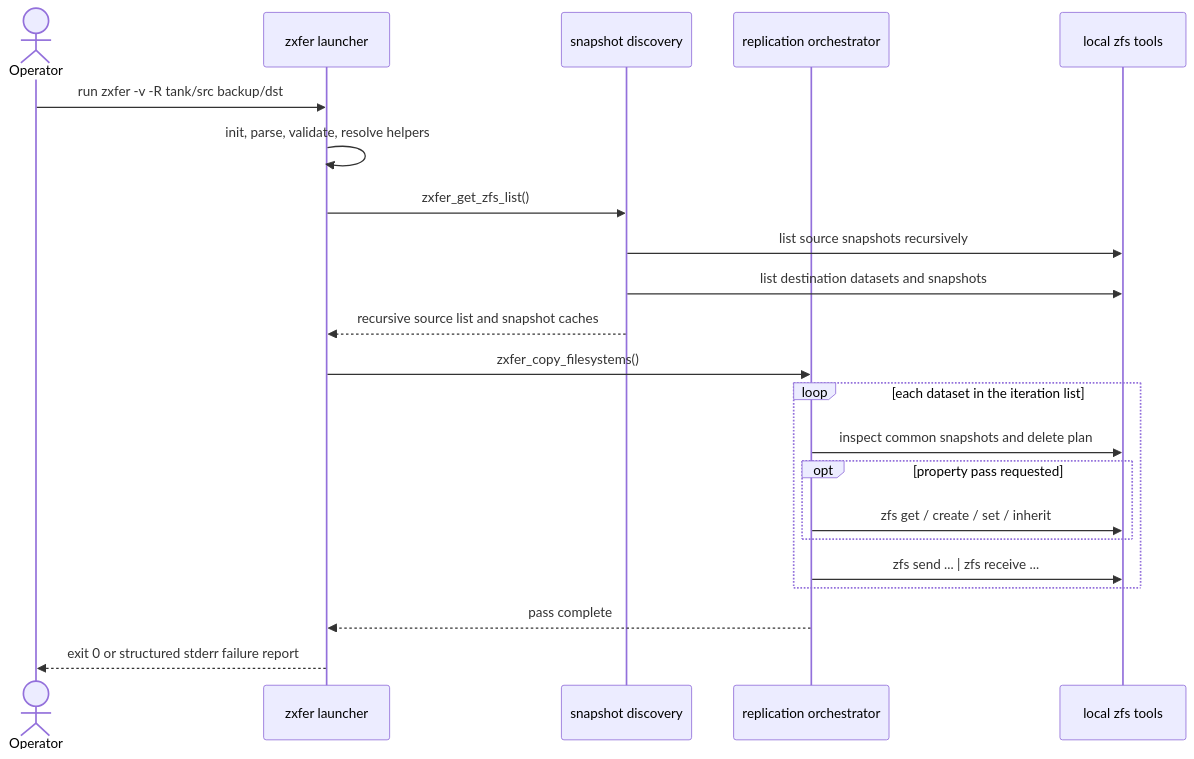
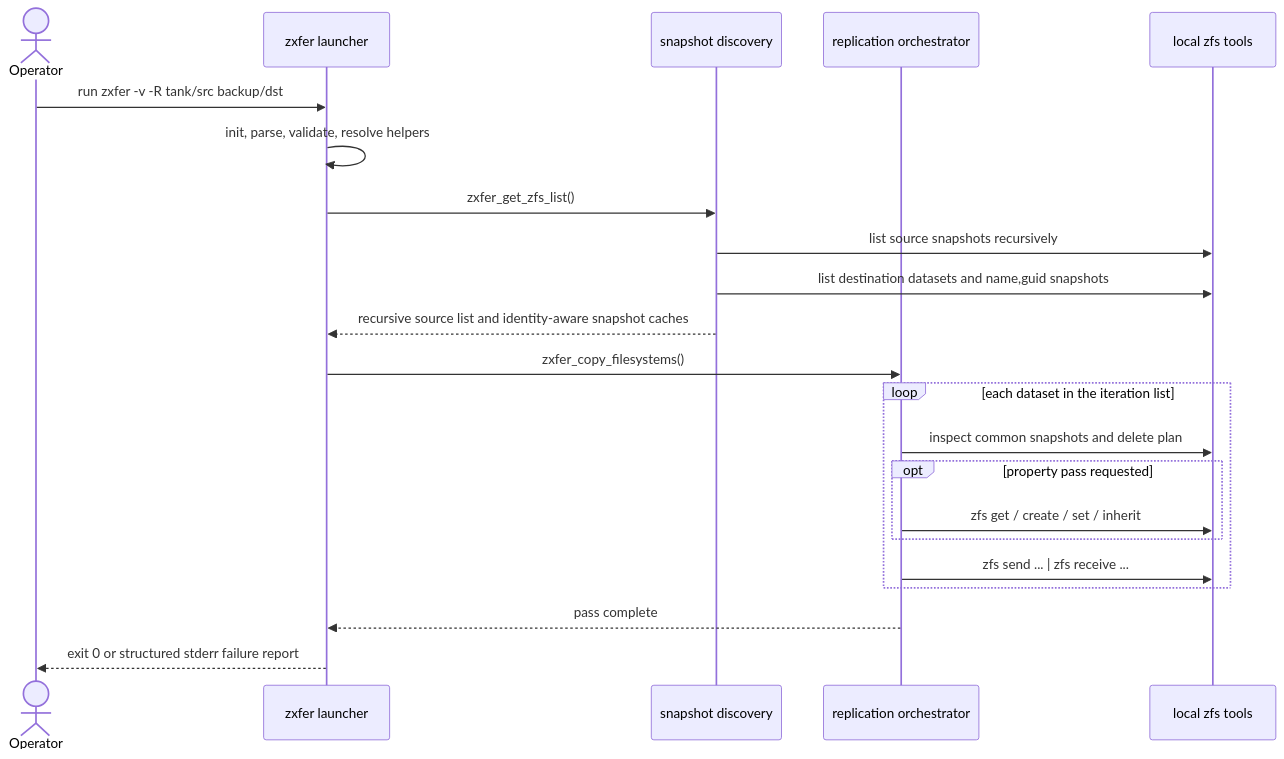
The fourth of 8 diagrams in docs/architecture.md (totalAldo/zxfer), drawn with Mermaid before and after one commit. The commit also changed other lines of this file and 107 other files, not shown here.

````diff
--- a/docs/architecture.md
+++ b/docs/architecture.md
@@ -298,25 +349,25 @@
 ```mermaid
 sequenceDiagram
     actor Operator
     participant Launcher as zxfer launcher
     participant Discovery as snapshot discovery
     participant Repl as replication orchestrator
     participant ZFS as local zfs tools
 
     Operator->>Launcher: run zxfer -v -R tank/src backup/dst
     Launcher->>Launcher: init, parse, validate, resolve helpers
     Launcher->>Discovery: zxfer_get_zfs_list()
     Discovery->>ZFS: list source snapshots recursively
-    Discovery->>ZFS: list destination datasets and snapshots
-    Discovery-->>Launcher: recursive source list and snapshot caches
+    Discovery->>ZFS: list destination datasets and name,guid snapshots
+    Discovery-->>Launcher: recursive source list and identity-aware snapshot caches
     Launcher->>Repl: zxfer_copy_filesystems()
     loop each dataset in the iteration list
         Repl->>ZFS: inspect common snapshots and delete plan
         opt property pass requested
             Repl->>ZFS: zfs get / create / set / inherit
         end
         Repl->>ZFS: zfs send ... | zfs receive ...
     end
     Repl-->>Launcher: pass complete
     Launcher-->>Operator: exit 0 or structured stderr failure report
 ```
````
